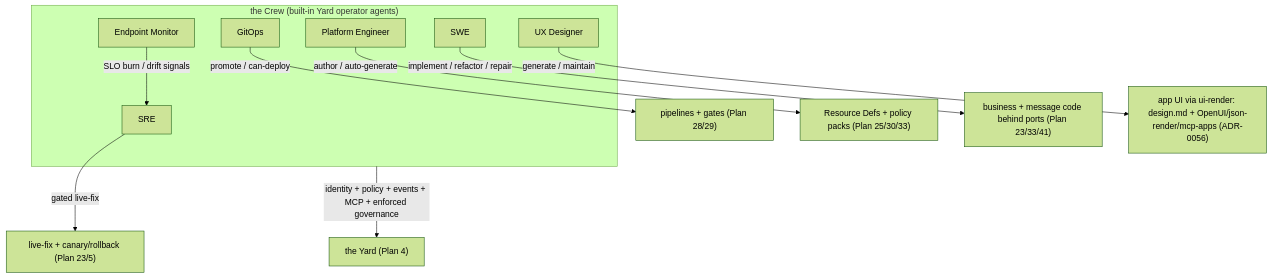
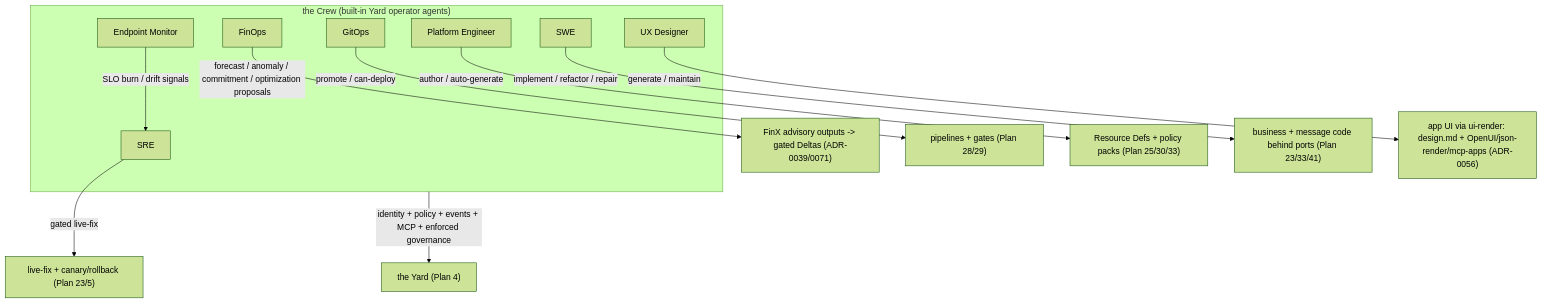
One commit to Tyler-R-Kendrick/HoBo changed the first of 2 diagrams in docs/design/operators-sre.md. Above: the diagram before and after it, drawn with Mermaid (forest theme). The commit also changed other lines of this file and 7 other files, not shown here.

First line of the commit message:
docs(adr): add FinOps operator to Crew roster (HOBO-679)

````diff
--- a/docs/design/operators-sre.md
+++ b/docs/design/operators-sre.md
@@ -27,18 +27,20 @@
 ```mermaid
 flowchart TB
   subgraph CREW["the Crew (built-in Yard operator agents)"]
     SRE["SRE"]
     EM["Endpoint Monitor"]
     GO["GitOps"]
     PE["Platform Engineer"]
     SWE["SWE"]
     UX["UX Designer"]
+    FIN["FinOps"]
   end
+  FIN -->|forecast / anomaly / commitment / optimization proposals| ADV["FinX advisory outputs -> gated Deltas (ADR-0039/0071)"]
   EM -->|SLO burn / drift signals| SRE
   SRE -->|gated live-fix| FIX["live-fix + canary/rollback (Plan 23/5)"]
   GO -->|promote / can-deploy| DEP["pipelines + gates (Plan 28/29)"]
   PE -->|author / auto-generate| DEFS["Resource Defs + policy packs (Plan 25/30/33)"]
   SWE -->|implement / refactor / repair| CODE["business + message code behind ports (Plan 23/33/41)"]
   UX -->|generate / maintain| UI["app UI via ui-render: design.md + OpenUI/json-render/mcp-apps (ADR-0056)"]
   CREW -->|identity + policy + events + MCP + enforced governance| YARD["the Yard (Plan 4)"]
 ```
````
